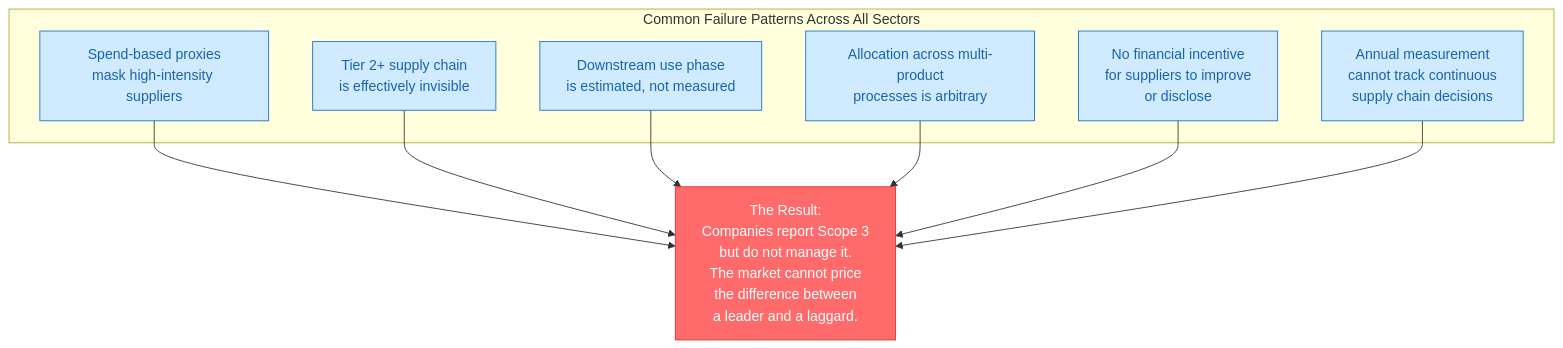
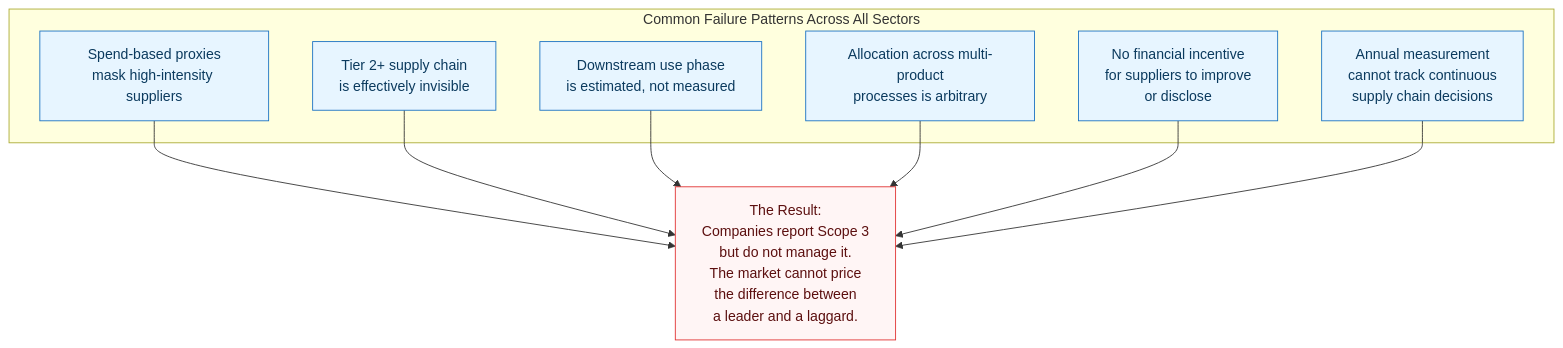
The ninth of 9 diagrams in docs/03_industry_case_studies.md (co3org/Scope3-Challenge), drawn with Mermaid before and after one commit. The commit also changed other lines of this file and 11 other files, not shown here.

First line of the commit message:
Soft diagram palette and trim text-wall node labels

````diff
--- a/docs/03_industry_case_studies.md
+++ b/docs/03_industry_case_studies.md
@@ -459,19 +459,19 @@
 ```mermaid
     flowchart TD
-    classDef info fill:#d0ebff,stroke:#1971c2,color:#1864ab;
-    classDef bad fill:#ff6b6b,stroke:#e03131,color:#fff;
+    classDef info fill:#e7f5ff,stroke:#1971c2,color:#0b3a5e;
+    classDef bad fill:#fff5f5,stroke:#e03131,color:#5c0f0f;
 
     subgraph Common["Common Failure Patterns Across All Sectors"]
         F1["Spend-based proxies\nmask high-intensity suppliers"]
         F2["Tier 2+ supply chain\nis effectively invisible"]
         F3["Downstream use phase\nis estimated, not measured"]
         F4["Allocation across multi-product\nprocesses is arbitrary"]
         F5["No financial incentive\nfor suppliers to improve\nor disclose"]
         F6["Annual measurement\ncannot track continuous\nsupply chain decisions"]
     end
 
     F1 & F2 & F3 & F4 & F5 & F6 --> Consequence["The Result:\nCompanies report Scope 3\nbut do not manage it.\nThe market cannot price\nthe difference between\na leader and a laggard."]
 
     class F1,F2,F3,F4,F5,F6 info;
     class Consequence bad;
 ```
````
